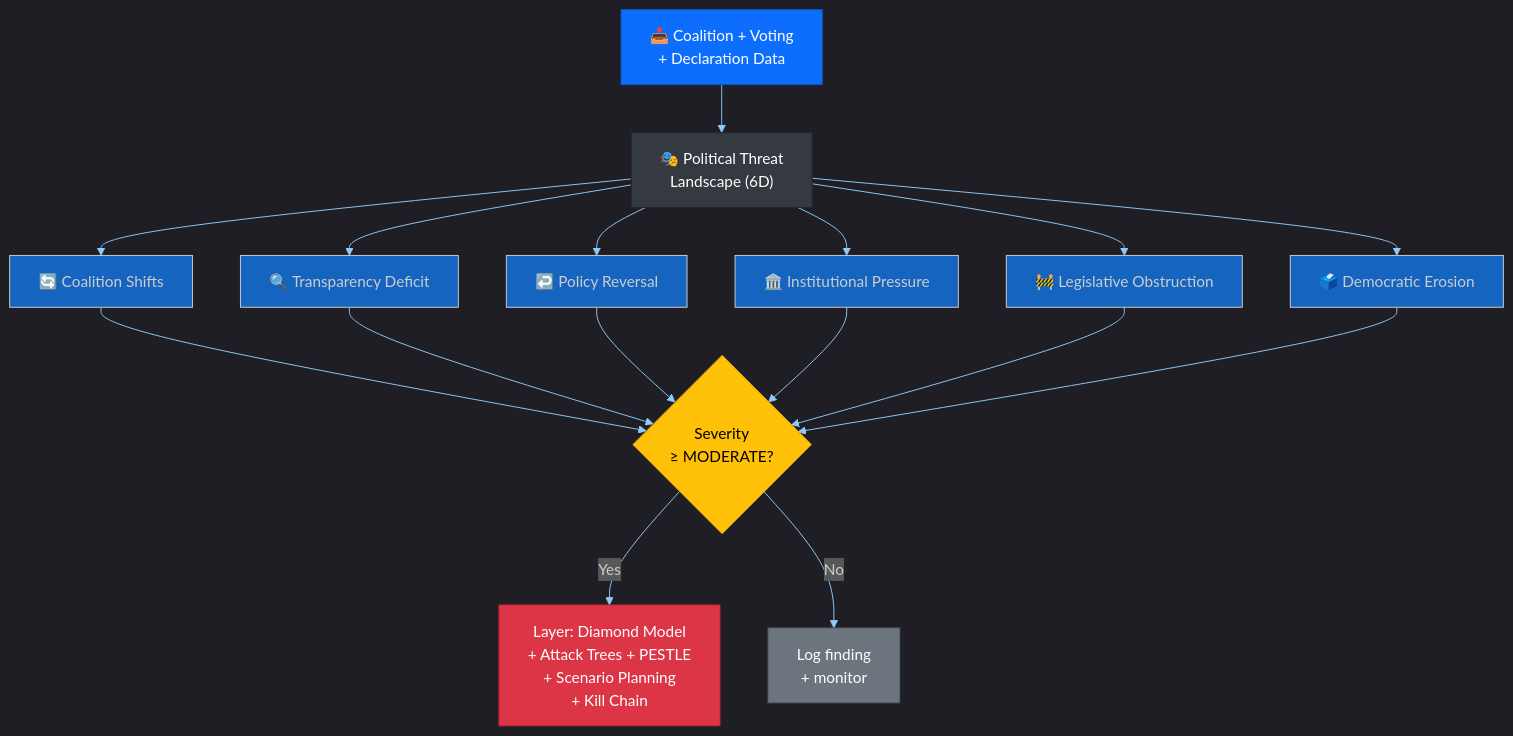
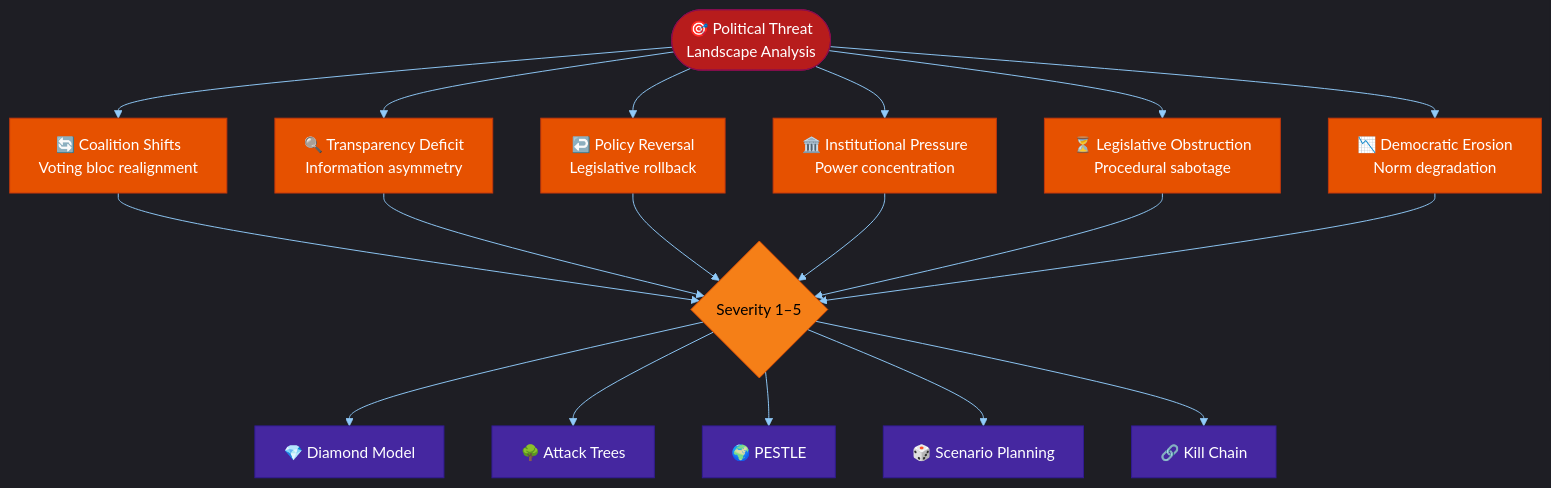
The sixth of 12 diagrams in docs/api/media/README-9.md (Hack23/euparliamentmonitor), drawn with Mermaid before and after one commit. The commit also changed other lines of this file and 1239 other files, not shown here.

````diff
--- a/docs/api/media/README-9.md
+++ b/docs/api/media/README-9.md
@@ -422,20 +468,37 @@
 ```mermaid
 %%{init: {"theme":"dark","themeVariables":{"primaryColor":"#1565C0","primaryTextColor":"#ffffff","primaryBorderColor":"#0A3F7F","lineColor":"#90CAF9","secondaryColor":"#2E7D32","secondaryTextColor":"#ffffff","secondaryBorderColor":"#0F3F00","tertiaryColor":"#FF9800","tertiaryTextColor":"#000000","tertiaryBorderColor":"#7F4F00","mainBkg":"#1565C0","secondBkg":"#2E7D32","tertiaryBkg":"#FF9800","noteBkgColor":"#FFC107","noteTextColor":"#000000","noteBorderColor":"#7F6000","errorBkgColor":"#D32F2F","errorTextColor":"#ffffff","fontFamily":"Inter, Helvetica, Arial, sans-serif","pie1":"#1565C0","pie2":"#2E7D32","pie3":"#FF9800","pie4":"#D32F2F","pie5":"#FFC107","pie6":"#7B1FA2","pie7":"#9E9E9E","pie8":"#0288D1","pie9":"#388E3C","pie10":"#F57C00","pie11":"#C62828","pie12":"#FBC02D","pieTitleTextSize":"18px","pieSectionTextSize":"14px","pieLegendTextSize":"13px","pieStrokeColor":"#1e1e1e","pieOuterStrokeColor":"#1e1e1e","git0":"#1565C0","git1":"#2E7D32","git2":"#FF9800","git3":"#D32F2F","gitBranchLabel0":"#ffffff","gitBranchLabel1":"#ffffff","gitBranchLabel2":"#000000","gitBranchLabel3":"#ffffff","cScale0":"#1565C0","cScale1":"#2E7D32","cScale2":"#FF9800","cScale3":"#D32F2F","cScale4":"#FFC107","cScale5":"#7B1FA2","cScale6":"#9E9E9E","cScale7":"#0288D1","xyChart":{"backgroundColor":"#1e1e1e","plotColorPalette":"#1565C0,#2E7D32,#FF9800,#D32F2F,#FFC107,#7B1FA2,#9E9E9E"}}}}%%
-flowchart TD
-    DATA["📥 Coalition + Voting<br/>+ Declaration Data"] --> TL["🎭 Political Threat<br/>Landscape (6D)"]
-    TL --> CS["🔄 Coalition Shifts"]
-    TL --> TD["🔍 Transparency Deficit"]
-    TL --> PR["↩️ Policy Reversal"]
-    TL --> IP["🏛️ Institutional Pressure"]
-    TL --> LO["🚧 Legislative Obstruction"]
-    TL --> DE["🗳️ Democratic Erosion"]
-    CS & TD & PR & IP & LO & DE --> SEV{"Severity<br/>≥ MODERATE?"}
-    SEV -->|Yes| DEEP["Layer: Diamond Model<br/>+ Attack Trees + PESTLE<br/>+ Scenario Planning<br/>+ Kill Chain"]
-    SEV -->|No| LOG["Log finding<br/>+ monitor"]
+graph TB
+    PTL([🎯 Political Threat<br/>Landscape Analysis]) --> CS[🔄 Coalition Shifts<br/>Voting bloc realignment]
+    PTL --> TD[🔍 Transparency Deficit<br/>Information asymmetry]
+    PTL --> PR[↩️ Policy Reversal<br/>Legislative rollback]
+    PTL --> IP[🏛️ Institutional Pressure<br/>Power concentration]
+    PTL --> LO[⏳ Legislative Obstruction<br/>Procedural sabotage]
+    PTL --> DE[📉 Democratic Erosion<br/>Norm degradation]
 
-    style DATA fill:#0d6efd,color:#fff,stroke:#0a58ca
-    style TL fill:#343a40,color:#fff,stroke:#23272b
-    style SEV fill:#ffc107,color:#000,stroke:#d39e00
-    style DEEP fill:#dc3545,color:#fff,stroke:#bd2130
-    style LOG fill:#6c757d,color:#fff,stroke:#545b62
+    CS --> SEV{Severity 1–5}
+    TD --> SEV
+    PR --> SEV
+    IP --> SEV
+    LO --> SEV
+    DE --> SEV
+
+    SEV --> DM[💎 Diamond Model]
+    SEV --> AT[🌳 Attack Trees]
+    SEV --> PE[🌍 PESTLE]
+    SEV --> SP[🎲 Scenario Planning]
+    SEV --> KC[🔗 Kill Chain]
+
+    style PTL fill:#B71C1C,stroke:#880E4F,color:#FFFFFF
+    style CS fill:#E65100,stroke:#BF360C,color:#FFFFFF
+    style TD fill:#E65100,stroke:#BF360C,color:#FFFFFF
+    style PR fill:#E65100,stroke:#BF360C,color:#FFFFFF
+    style IP fill:#E65100,stroke:#BF360C,color:#FFFFFF
+    style LO fill:#E65100,stroke:#BF360C,color:#FFFFFF
+    style DE fill:#E65100,stroke:#BF360C,color:#FFFFFF
+    style SEV fill:#F57F17,stroke:#E65100,color:#000000
+    style DM fill:#4527A0,stroke:#311B92,color:#FFFFFF
+    style AT fill:#4527A0,stroke:#311B92,color:#FFFFFF
+    style PE fill:#4527A0,stroke:#311B92,color:#FFFFFF
+    style SP fill:#4527A0,stroke:#311B92,color:#FFFFFF
+    style KC fill:#4527A0,stroke:#311B92,color:#FFFFFF
 ```
````
